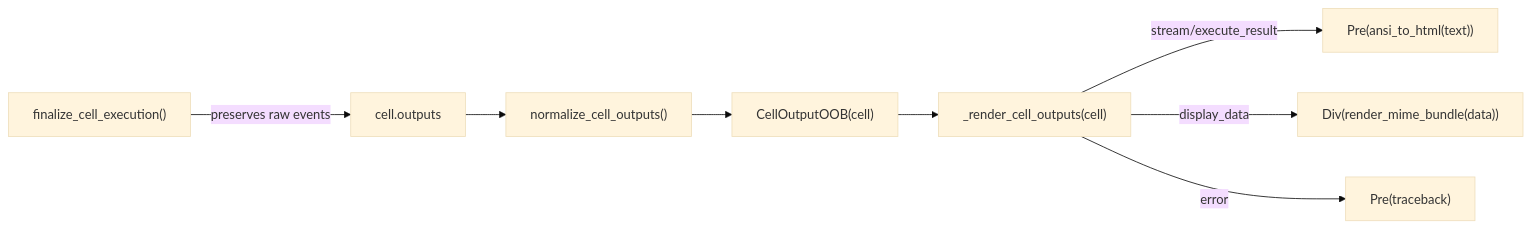
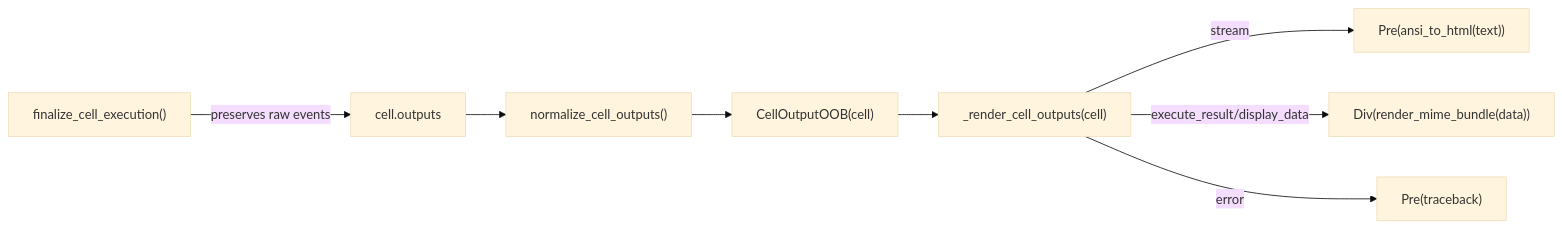
Before and after one commit to sgaseretto/solveish: the eighth of 10 diagrams in docs/how_it_works/04_kernel_execution.md, drawn with Mermaid (base theme). The commit also changed other lines of this file and 109 other files, not shown here.

````diff
--- a/docs/how_it_works/04_kernel_execution.md
+++ b/docs/how_it_works/04_kernel_execution.md
@@ -498,10 +517,10 @@
 ```mermaid
 graph LR
     FC["finalize_cell_execution()"] -->|"preserves raw events"| CO["cell.outputs"]
     CO --> NORM["normalize_cell_outputs()"]
     NORM --> OOB["CellOutputOOB(cell)"]
     OOB --> RCO["_render_cell_outputs(cell)"]
-    RCO -->|"stream/execute_result"| PRE["Pre(ansi_to_html(text))"]
-    RCO -->|"display_data"| DIV["Div(render_mime_bundle(data))"]
+    RCO -->|"stream"| PRE["Pre(ansi_to_html(text))"]
+    RCO -->|"execute_result/display_data"| DIV["Div(render_mime_bundle(data))"]
     RCO -->|"error"| ERR["Pre(traceback)"]
 ```
````
